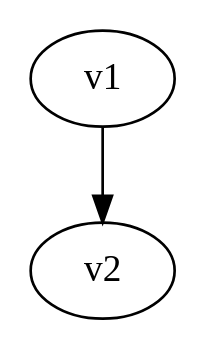
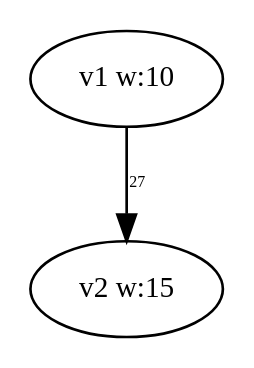
The diagram in PythonApplication1/PythonApplication1/test-output/slika_1.gv (dexters1/Task-Scheduling-Based-on-Genetic-Algorithms), drawn with Graphviz before and after one commit. The commit also changed 45 other files, not shown here.

```diff
--- a/PythonApplication1/PythonApplication1/test-output/slika_1.gv
+++ b/PythonApplication1/PythonApplication1/test-output/slika_1.gv
@@ -1,6 +1,5 @@
-// slika_1.gv
 digraph {
-	v1 [label=v1]
-	v2 [label=v2]
-	v1 -> v2 [constraint=true]
+	v1 [label="v1 w:10" fontsize=11.0]
+	v2 [label="v2 w:15" fontsize=11.0]
+	v1 -> v2 [label=27 constraint=true fontsize=6.0]
 }
```
